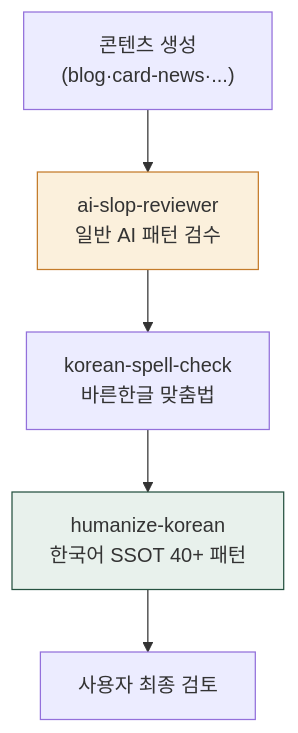
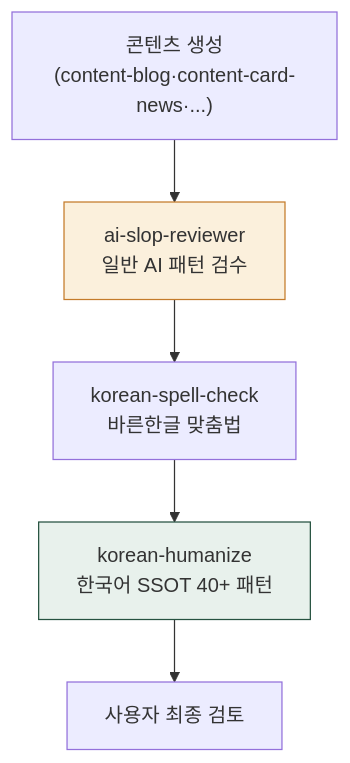
One commit to modu-ai/cowork-plugins changed the second of 2 diagrams in www/content/cookbook/tracks/track-content.md. Above: the diagram before and after it, drawn with Mermaid. The commit also changed other lines of this file and 45 other files, not shown here.

First line of the commit message:
docs(www): 스킬명 정합 + 깨진 링크 수정 + mermaid 보강

````diff
--- a/www/content/cookbook/tracks/track-content.md
+++ b/www/content/cookbook/tracks/track-content.md
@@ -133,9 +133,9 @@
 ```mermaid
 flowchart TD
-   Gen["콘텐츠 생성<br/>(blog·card-news·...)"] --> S1["ai-slop-reviewer<br/>일반 AI 패턴 검수"]
+   Gen["콘텐츠 생성<br/>(content-blog·content-card-news·...)"] --> S1["ai-slop-reviewer<br/>일반 AI 패턴 검수"]
    S1 --> S2["korean-spell-check<br/>바른한글 맞춤법"]
-   S2 --> S3["humanize-korean<br/>한국어 SSOT 40+ 패턴"]
+   S2 --> S3["korean-humanize<br/>한국어 SSOT 40+ 패턴"]
    S3 --> User["사용자 최종 검토"]
    style S1 fill:#fbf0dc,stroke:#c47b2a
    style S3 fill:#e8f1ec,stroke:#265240
 ```
````
